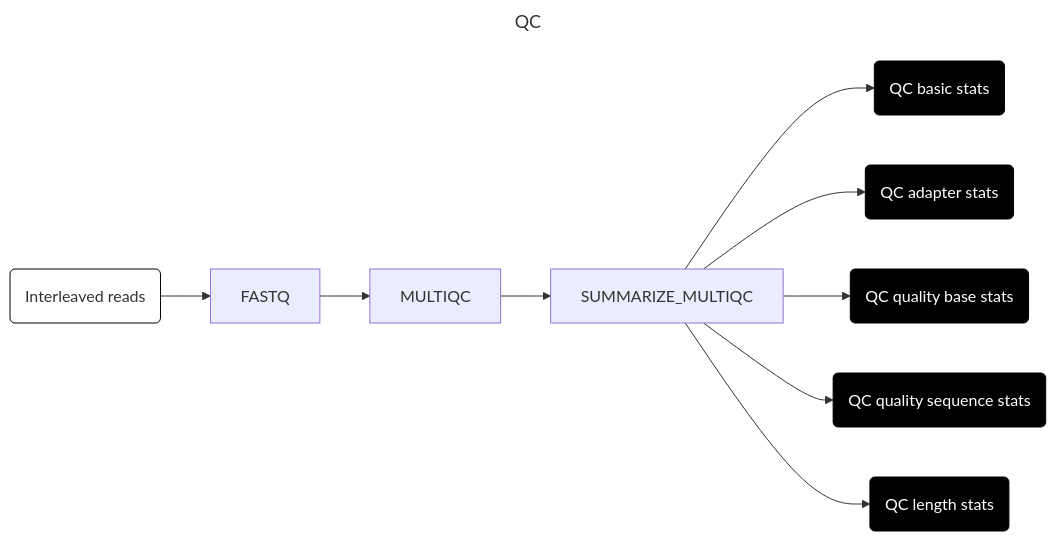
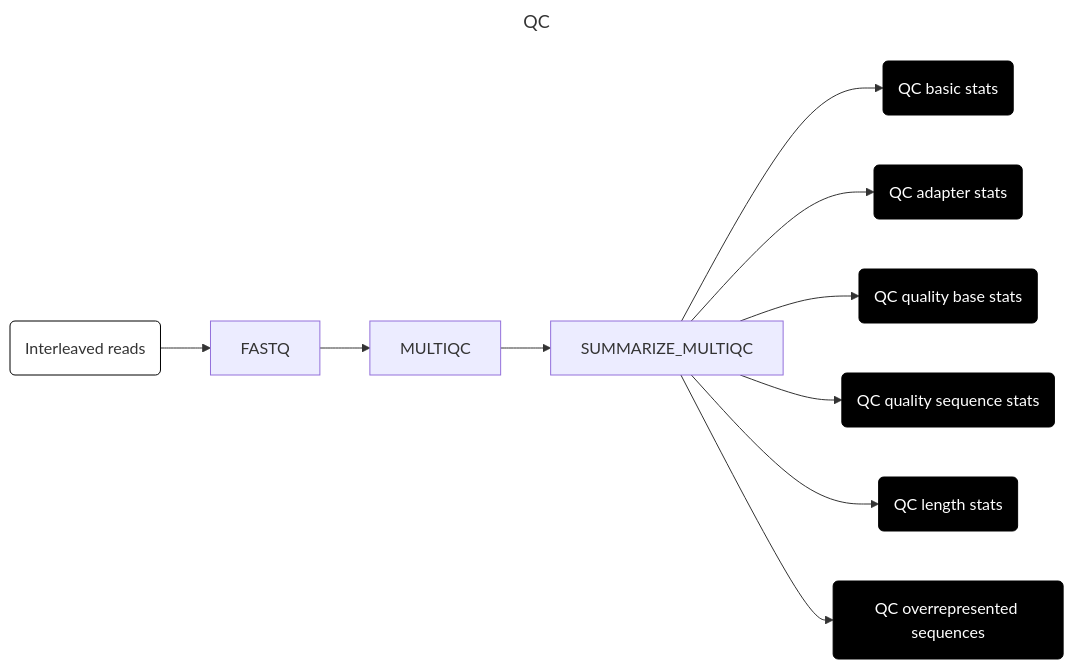
The fifth of 9 diagrams in docs/run.md (securebio/nao-mgs-workflow), drawn with Mermaid before and after one commit. The commit also changed other lines of this file and 1 other file, not shown here.

Commit message:
Document overrepresented sequences in run.md diagrams
Adds the new output to the QC and RUN_QC mermaid diagrams, which
enumerate the QC result types, and references the PR from the new
CHANGELOG entries.

````diff
--- a/docs/run.md
+++ b/docs/run.md
@@ -165,18 +165,19 @@
 ```mermaid
 ---
 title: QC
 config:
   layout: horizontal
 ---
 flowchart LR
 A(Interleaved reads) --> B[FASTQ]
 B --> C[MULTIQC]
 C --> D[SUMMARIZE_MULTIQC]
-D --> F(QC basic stats) & G(QC adapter stats) & H(QC quality base stats) & I(QC quality sequence stats) & J(QC length stats)
+D --> F(QC basic stats) & G(QC adapter stats) & H(QC quality base stats) & I(QC quality sequence stats) & J(QC length stats) & K(QC overrepresented sequences)
 style A fill:#fff,stroke:#000
 style F fill:#000,color:#fff,stroke:#000
 style G fill:#000,color:#fff,stroke:#000
 style H fill:#000,color:#fff,stroke:#000
 style I fill:#000,color:#fff,stroke:#000
 style J fill:#000,color:#fff,stroke:#000
+style K fill:#000,color:#fff,stroke:#000
 ```
````
